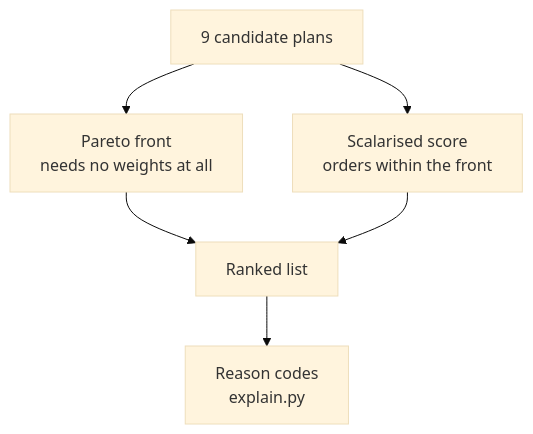
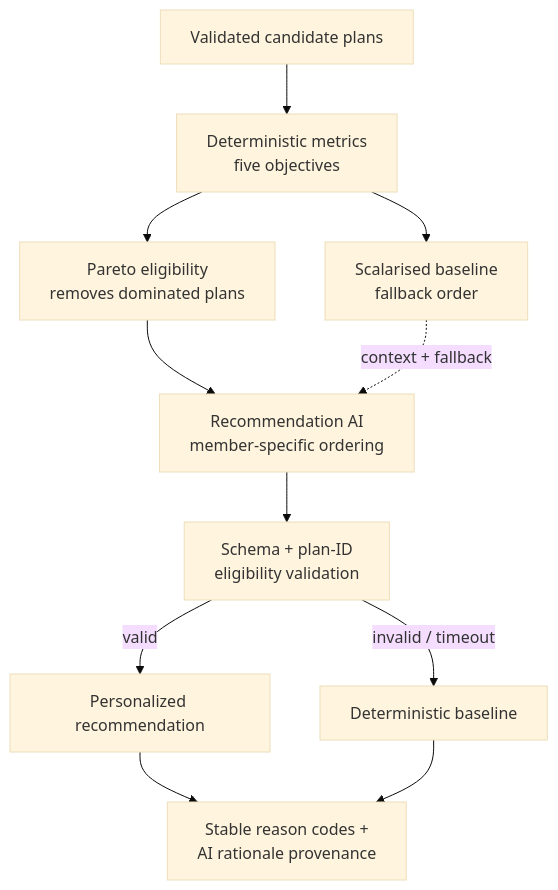
Before and after one commit to darrenori/amex-ai: the eighth of 13 diagrams in ARCHITECTURE.md, drawn with Mermaid (base theme). The commit also changed other lines of this file and 13 other files, not shown here.

````diff
--- a/ARCHITECTURE.md
+++ b/ARCHITECTURE.md
@@ -235,8 +295,12 @@
 ```mermaid
 flowchart TB
-    P["9 candidate plans"] --> PAR["Pareto front<br/>needs no weights at all"]
-    P --> SCA["Scalarised score<br/>orders within the front"]
-    PAR --> R["Ranked list"]
-    SCA --> R
-    R --> RC["Reason codes<br/>explain.py"]
+    P["Validated candidate plans"] --> MET["Deterministic metrics<br/>five objectives"]
+    MET --> PAR["Pareto eligibility<br/>removes dominated plans"]
+    MET --> SCA["Scalarised baseline<br/>fallback order"]
+    PAR --> AI["Recommendation AI<br/>member-specific ordering"]
+    SCA -.->|context + fallback| AI
+    AI --> CHECK["Schema + plan-ID<br/>eligibility validation"]
+    CHECK -->|valid| R["Personalized recommendation"]
+    CHECK -->|invalid / timeout| F["Deterministic baseline"]
+    R & F --> RC["Stable reason codes +<br/>AI rationale provenance"]
 ```
````
